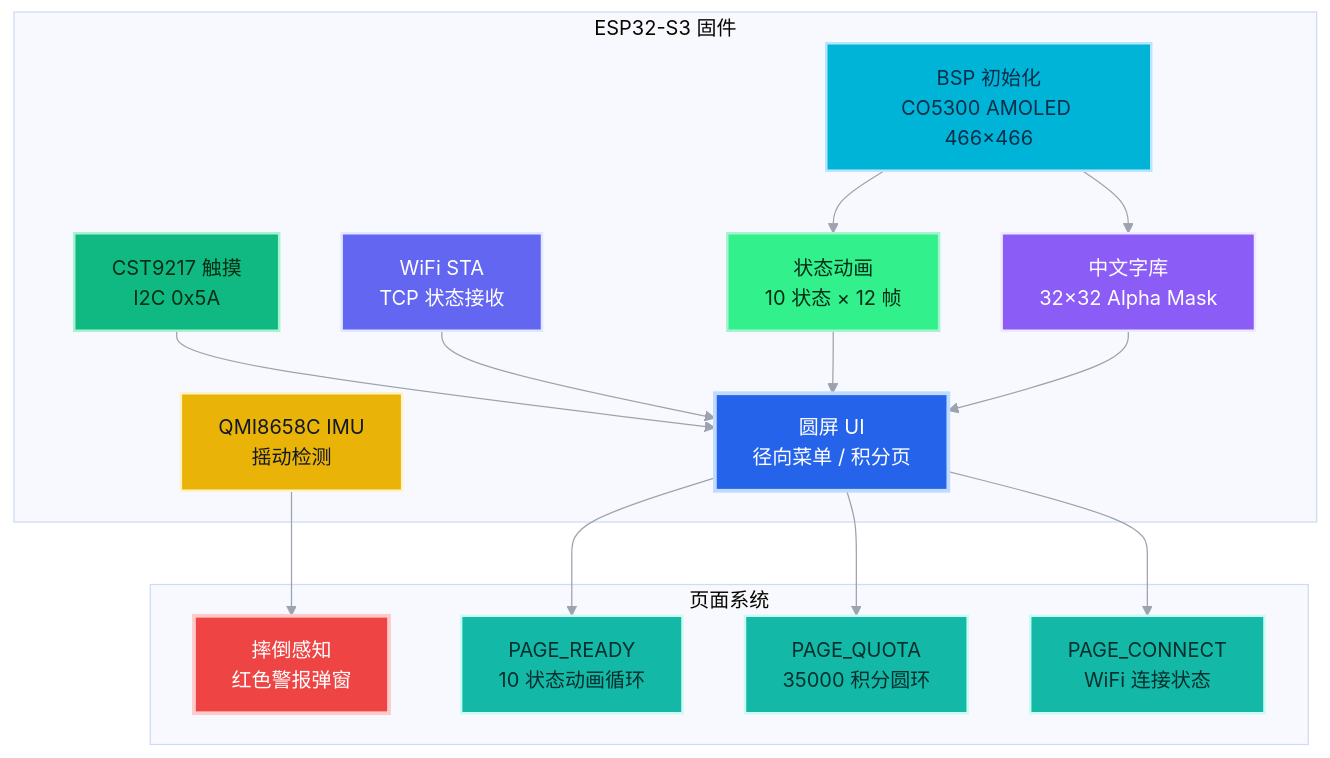
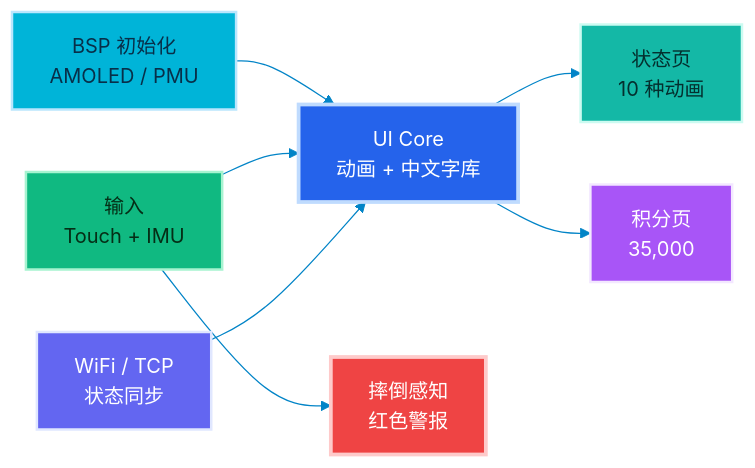
One commit to ibh4/T.R.A.E.V.I.S changed the third of 5 diagrams in README.md. Above: the diagram before and after it, drawn with Mermaid. The commit also changed other lines of this file, not shown here.

````diff
--- a/README.md
+++ b/README.md
@@ -306,41 +277,26 @@
 ```mermaid
-%%{init: {"theme": "base", "themeVariables": {"fontFamily": "Inter, Microsoft YaHei, sans-serif", "background": "#111827", "primaryTextColor": "#F9FAFB", "lineColor": "#9CA3AF"}}}%%
-flowchart TB
-    subgraph FW[ESP32-S3 固件]
-        INIT[BSP 初始化<br/>CO5300 AMOLED 466×466]:::init
-        TOUCH[CST9217 触摸<br/>I2C 0x5A]:::touch
-        IMU[QMI8658C IMU<br/>摇动检测]:::imu
-        WIFI[WiFi STA<br/>TCP 状态接收]:::wifi
-        FONT[中文字库<br/>32×32 Alpha Mask]:::font
-        ANIM[状态动画<br/>10 状态 × 12 帧]:::anim
-        UI[圆屏 UI<br/>径向菜单 / 积分页]:::ui
-    end
+%%{init: {"theme": "base", "themeVariables": {"fontFamily": "Inter, Microsoft YaHei, sans-serif", "background": "#FFFFFF", "primaryColor": "#2563EB", "primaryTextColor": "#0F172A", "primaryBorderColor": "#67E8F9", "secondaryColor": "#7C3AED", "tertiaryColor": "#E0F2FE", "lineColor": "#0284C7", "clusterBkg": "#F8FBFF", "clusterBorder": "#38BDF8", "edgeLabelBackground": "#FFFFFF"}}}%%
+flowchart LR
+    INIT["BSP 初始化<br/>AMOLED / PMU"]:::init
+    INPUT["输入<br/>Touch + IMU"]:::input
+    WIFI["WiFi / TCP<br/>状态同步"]:::wifi
+    CORE["UI Core<br/>动画 + 中文字库"]:::core
+    READY["状态页<br/>10 种动画"]:::page
+    QUOTA["积分页<br/>35,000"]:::quota
+    ALERT["摔倒感知<br/>红色警报"]:::alert
 
-    subgraph P[页面系统]
-        READY[PAGE_READY<br/>10 状态动画循环]:::page
-        QUOTA[PAGE_QUOTA<br/>35000 积分圆环]:::page
-        SHAKE[摔倒感知<br/>红色警报弹窗]:::alert
-        CONNECT[PAGE_CONNECT<br/>WiFi 连接状态]:::page
-    end
-
-    INIT --> ANIM
-    INIT --> FONT
-    ANIM --> UI
-    FONT --> UI
-    TOUCH --> UI
-    IMU --> SHAKE
-    WIFI --> UI
-    UI --> READY
-    UI --> QUOTA
-    UI --> CONNECT
+    INIT --> CORE
+    INPUT --> CORE
+    WIFI --> CORE
+    CORE --> READY
+    CORE --> QUOTA
+    INPUT --> ALERT
 
     classDef init fill:#00B4D8,stroke:#BAE6FD,color:#082F49,stroke-width:2px;
-    classDef touch fill:#10B981,stroke:#A7F3D0,color:#052E16,stroke-width:2px;
-    classDef imu fill:#EAB308,stroke:#FEF3C7,color:#111827,stroke-width:2px;
+    classDef input fill:#10B981,stroke:#A7F3D0,color:#052E16,stroke-width:2px;
     classDef wifi fill:#6366F1,stroke:#E0E7FF,color:#FFFFFF,stroke-width:2px;
-    classDef font fill:#8B5CF6,stroke:#EDE9FE,color:#FFFFFF,stroke-width:2px;
-    classDef anim fill:#32f08c,stroke:#A7F3D0,color:#052E16,stroke-width:2px;
-    classDef ui fill:#2563EB,stroke:#BFDBFE,color:#FFFFFF,stroke-width:3px;
+    classDef core fill:#2563EB,stroke:#BFDBFE,color:#FFFFFF,stroke-width:3px;
     classDef page fill:#14B8A6,stroke:#CCFBF1,color:#042F2E,stroke-width:2px;
+    classDef quota fill:#A855F7,stroke:#F3E8FF,color:#FFFFFF,stroke-width:2px;
     classDef alert fill:#EF4444,stroke:#FECACA,color:#FFFFFF,stroke-width:3px;
 ```
````
